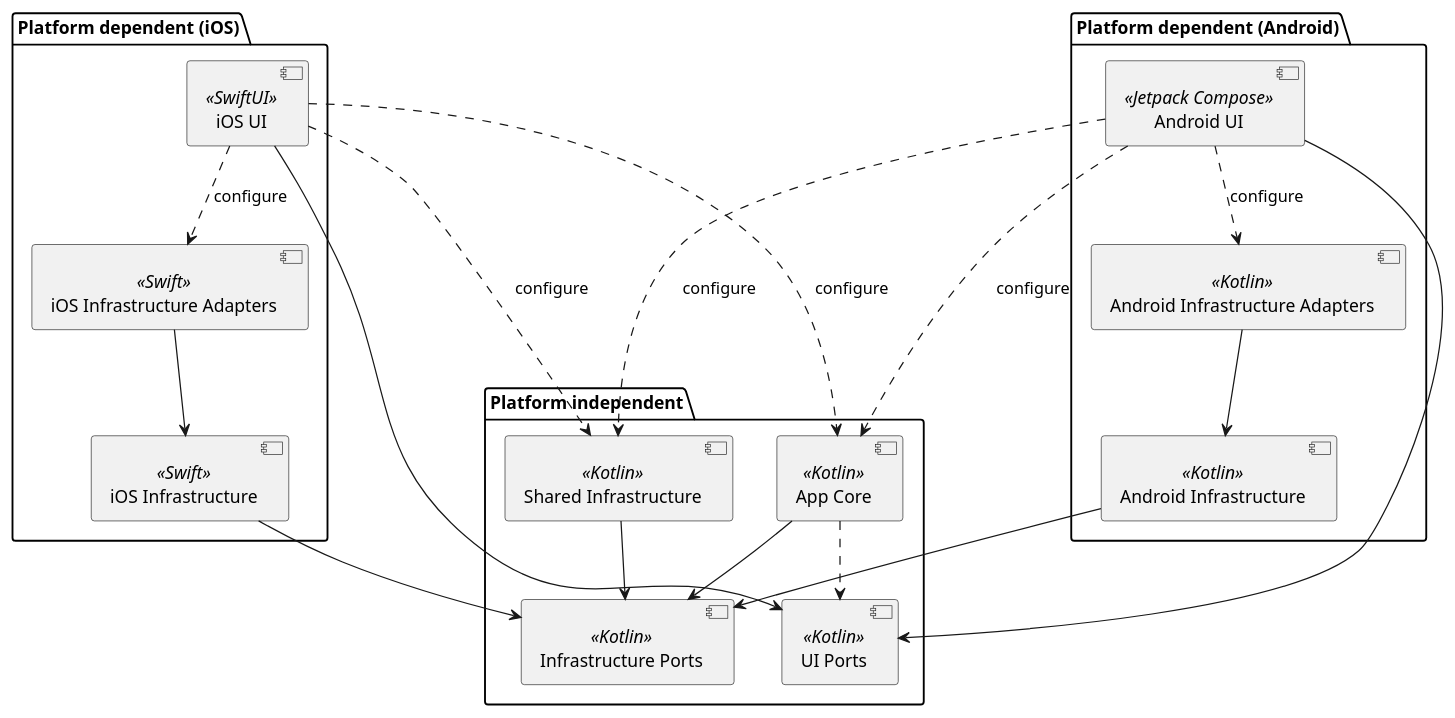
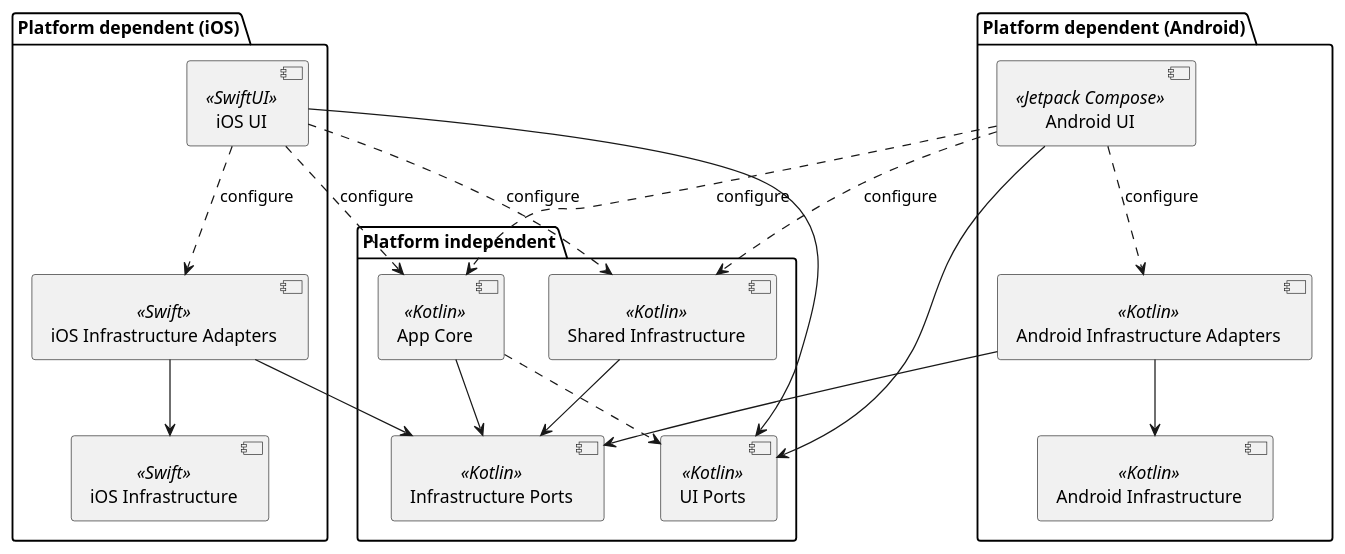
The diagram in poetrycrosshexagonal.pu (RobinNunkesser/plantuml), drawn with PlantUML before and after one commit.

```diff
--- a/poetrycrosshexagonal.pu
+++ b/poetrycrosshexagonal.pu
@@ -1,35 +1,35 @@
 @startuml
 
 package "Platform dependent (iOS)" {
 [iOS UI] as UI1 <<SwiftUI>>
 [iOS Infrastructure] as Infra3 <<Swift>>
 [iOS Infrastructure Adapters] as Adapt1 <<Swift>>
 }
 package "Platform independent" {
 [App Core] as Core <<Kotlin>>
 [UI Ports] as Ports4 <<Kotlin>>
 [Infrastructure Ports] as Ports3 <<Kotlin>>
 [Shared Infrastructure] as Infra1 <<Kotlin>>
 }
 package "Platform dependent (Android)" {
 [Android UI] as UI2 <<Jetpack Compose>>
 [Android Infrastructure] as Infra2 <<Kotlin>>
 [Android Infrastructure Adapters] as Adapt2 <<Kotlin>>
 }
 
 UI1 --> Ports4 
 UI2 --> Ports4 
 UI1 ..> Core : configure
 UI2 ..> Core : configure
 UI1 ..> Adapt1 : configure
 UI2 ..> Adapt2 : configure
 UI1 ..> Infra1 : configure
 UI2 ..> Infra1 : configure
 Core ..> Ports4
 Core --> Ports3 
 Infra1 --> Ports3
-Infra3 --> Ports3
-Infra2 --> Ports3
+Adapt1 --> Ports3
+Adapt2 --> Ports3
 Adapt1 --> Infra3
 Adapt2 --> Infra2
 @enduml
```
